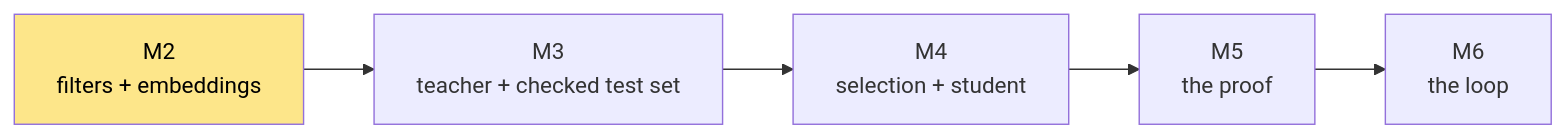
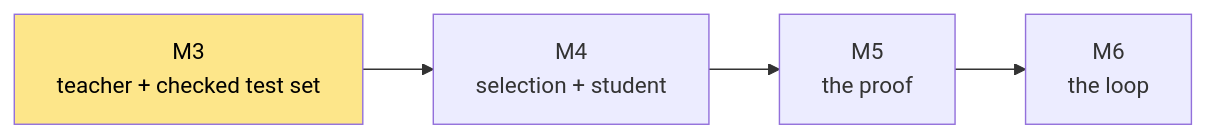
One commit to cupcakes04/Rin changed the diagram in dev/notes/milestones/README.md. Above: the diagram before and after it, drawn with Mermaid. The commit also changed other lines of this file and 38 other files, not shown here.

````diff
--- a/dev/notes/milestones/README.md
+++ b/dev/notes/milestones/README.md
@@ -5,5 +5,5 @@
 ```mermaid
 flowchart LR
-    M2["M2<br/>filters + embeddings"] --> M3["M3<br/>teacher + checked test set"] --> M4["M4<br/>selection + student"] --> M5["M5<br/>the proof"] --> M6["M6<br/>the loop"]
-    style M2 fill:#fde68a,color:#000
+    M3["M3<br/>teacher + checked test set"] --> M4["M4<br/>selection + student"] --> M5["M5<br/>the proof"] --> M6["M6<br/>the loop"]
+    style M3 fill:#fde68a,color:#000
 ```
````
